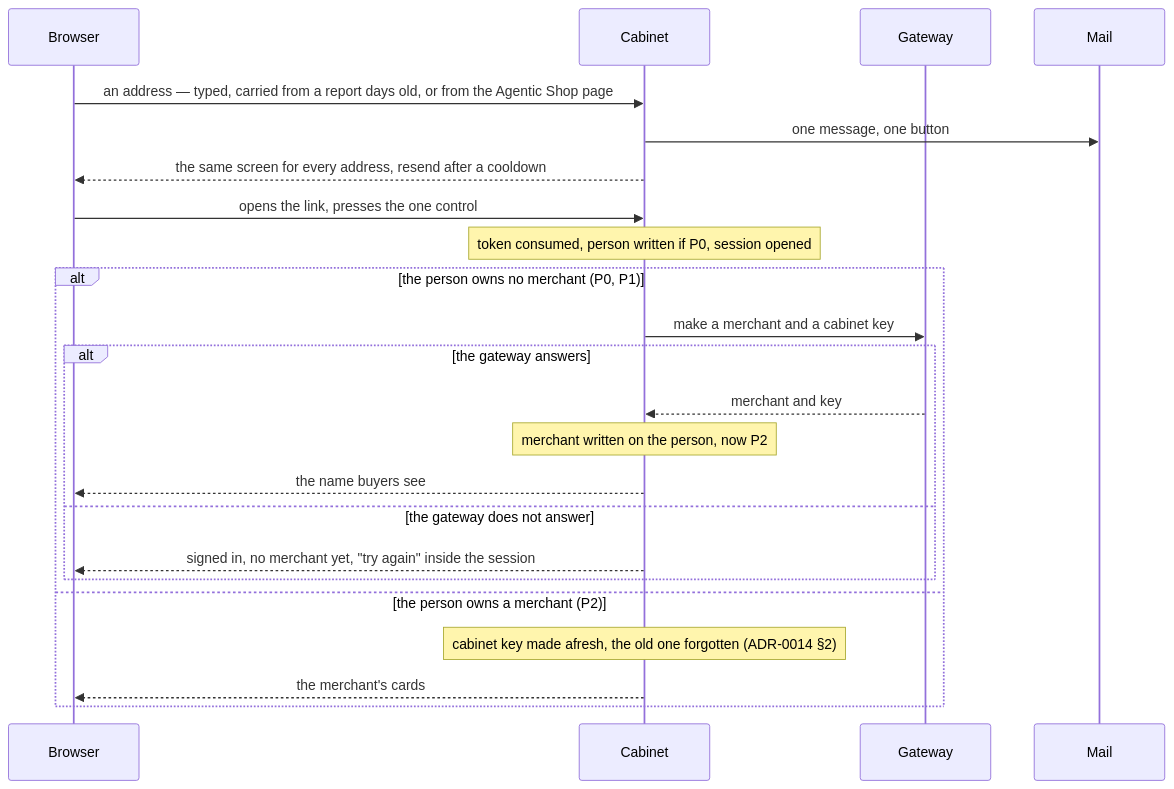
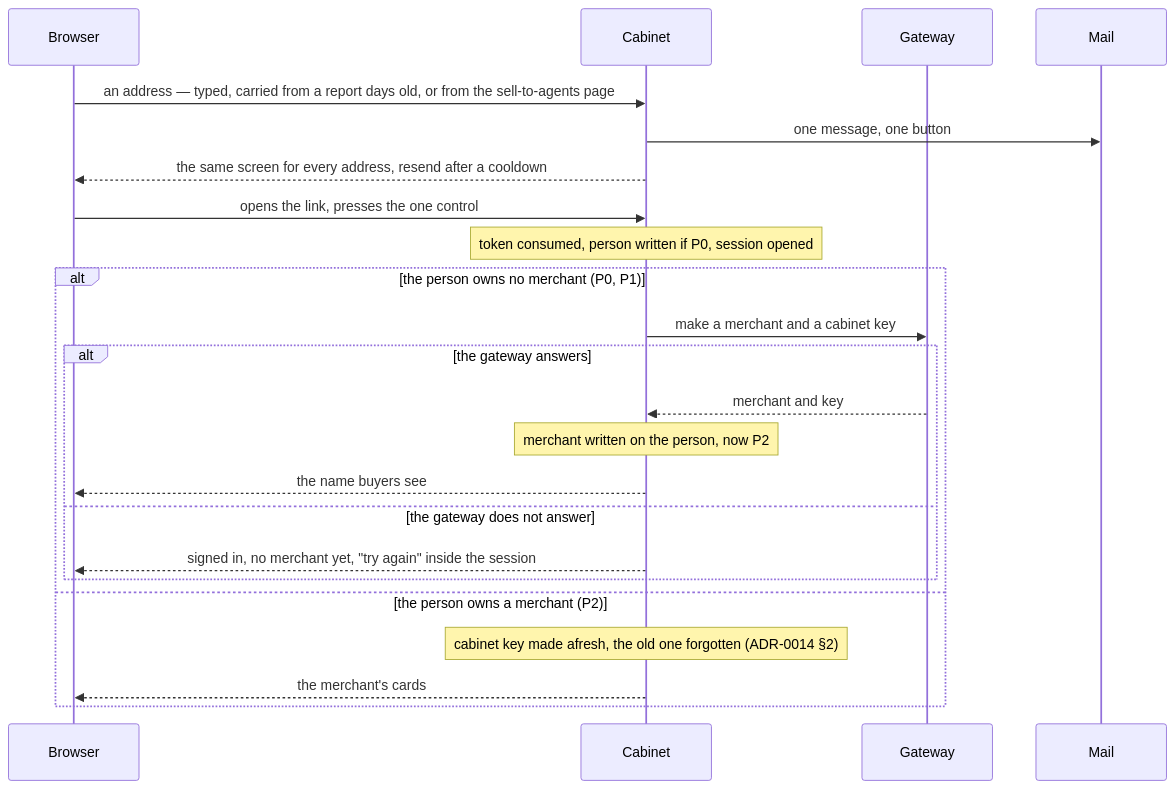
The third of 3 diagrams in docs/decisions/0026-one-way-in.md (nuanu-ai/agentify), drawn with Mermaid before and after one commit. The commit also changed other lines of this file and 9 other files, not shown here.

````diff
--- a/docs/decisions/0026-one-way-in.md
+++ b/docs/decisions/0026-one-way-in.md
@@ -163,25 +163,25 @@
 ```mermaid
 sequenceDiagram
     participant B as Browser
     participant C as Cabinet
     participant G as Gateway
     participant M as Mail
-    B->>C: an address — typed, carried from a report days old, or from the Agentic Shop page
+    B->>C: an address — typed, carried from a report days old, or from the sell-to-agents page
     C->>M: one message, one button
     C-->>B: the same screen for every address, resend after a cooldown
     B->>C: opens the link, presses the one control
     Note over C: token consumed, person written if P0, session opened
     alt the person owns no merchant (P0, P1)
         C->>G: make a merchant and a cabinet key
         alt the gateway answers
             G-->>C: merchant and key
             Note over C: merchant written on the person, now P2
             C-->>B: the name buyers see
         else the gateway does not answer
             C-->>B: signed in, no merchant yet, "try again" inside the session
         end
     else the person owns a merchant (P2)
         Note over C: cabinet key made afresh, the old one forgotten (ADR-0014 §2)
         C-->>B: the merchant's cards
     end
 ```
````
